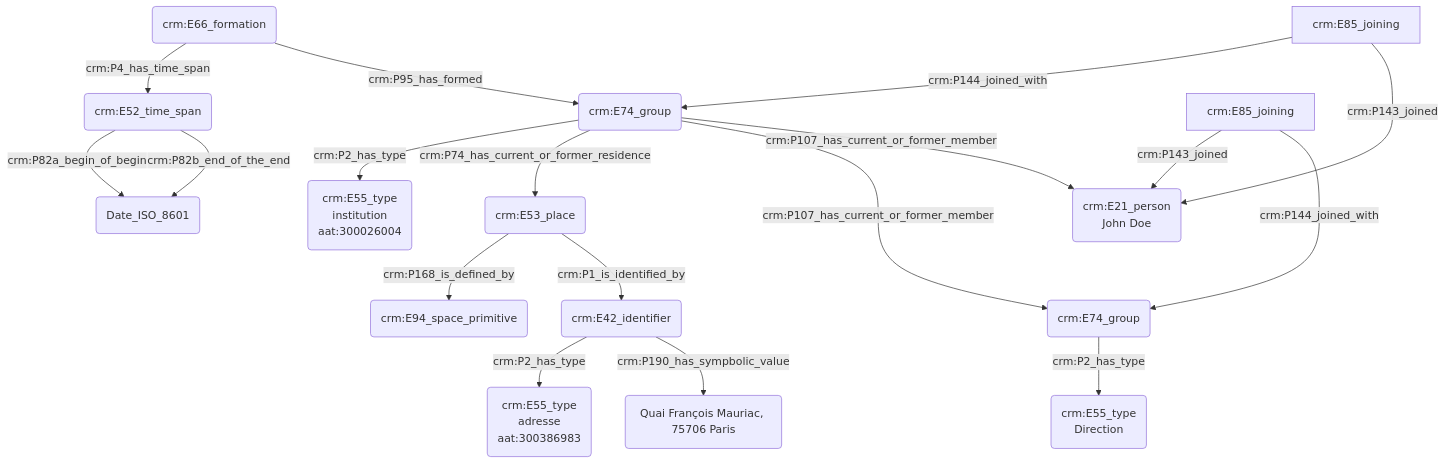
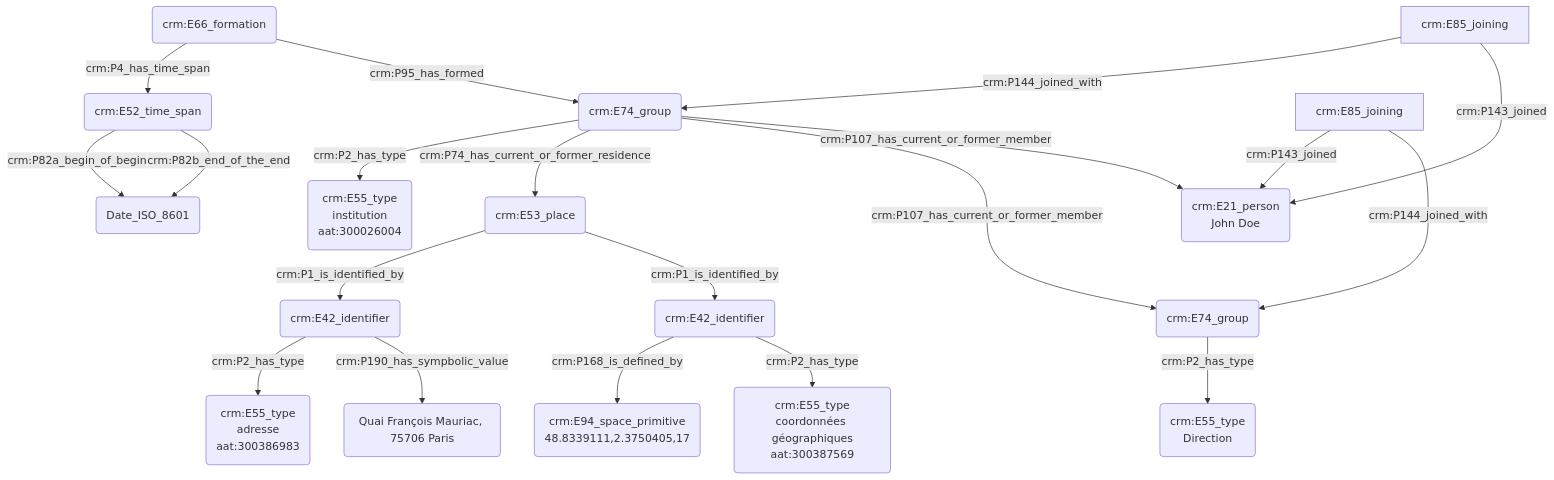
Before and after one commit to Amleth/consortium-musica2-gt2-ontologies: the diagram in modules/livrables/Dossier 2/Prosopographie/statut ou rôle au sein d'une institution.md, drawn with Mermaid.

Commit message:
Update statut ou rôle au sein d'une institution.md

````diff
--- a/modules/livrables/Dossier 2/Prosopographie/statut ou rôle au sein d'une institution.md
+++ b/modules/livrables/Dossier 2/Prosopographie/statut ou rôle au sein d'une institution.md
@@ -11,30 +11,34 @@
 ```mermaid
 graph TD;
 
 
 
 
 P(crm:E66_formation) -->|crm:P4_has_time_span| Q(crm:E52_time_span)
 P(crm:E66_formation) -->|crm:P95_has_formed| M(crm:E74_group)
 Q(crm:E52_time_span) -->|crm:P82a_begin_of_begin| R(Date_ISO_8601)
 Q(crm:E52_time_span) -->|crm:P82b_end_of_the_end| R(Date_ISO_8601)
 M(crm:E74_group) -->|crm:P2_has_type| N(crm:E55_type<br>institution<br>aat:300026004)
 
 M(crm:E74_group) -->|crm:P74_has_current_or_former_residence| O(crm:E53_place)
-
-O(crm:E53_place) --> |crm:P168_is_defined_by| Y(crm:E94_space_primitive)
 O(crm:E53_place) --> |crm:P1_is_identified_by| A(crm:E42_identifier)
 A(crm:E42_identifier) --> |crm:P2_has_type| B(crm:E55_type<br>adresse<br>aat:300386983)
 A(crm:E42_identifier) --> |crm:P190_has_sympbolic_value| C(Quai François Mauriac, 75706 Paris)
+O(crm:E53_place) --> |crm:P1_is_identified_by| X(crm:E42_identifier)
+
+
+X(crm:E42_identifier) --> |crm:P168_is_defined_by| Y(crm:E94_space_primitive<br>48.8339111,2.3750405,17)
+X(crm:E42_identifier) --> |crm:P2_has_type| Z(crm:E55_type<br>coordonnées géographiques<br>aat:300387569)
+
 M(crm:E74_group) ---> |crm:P107_has_current_or_former_member| S(crm:E74_group)
 L[crm:E85_joining] --> |crm:P144_joined_with| M(crm:E74_group)
 L[crm:E85_joining] --->|crm:P143_joined| K(crm:E21_person<br>John Doe)
 U[crm:E85_joining] -->|crm:P143_joined| K(crm:E21_person<br>John Doe)
 
 S(crm:E74_group) --> |crm:P2_has_type| T(crm:E55_type<br>Direction)
 M(crm:E74_group) --> |crm:P107_has_current_or_former_member| K(crm:E21_person<br>John Doe)
 U[crm:E85_joining] ---> |crm:P144_joined_with| S(crm:E74_group)
 
 
 
 ```
````
